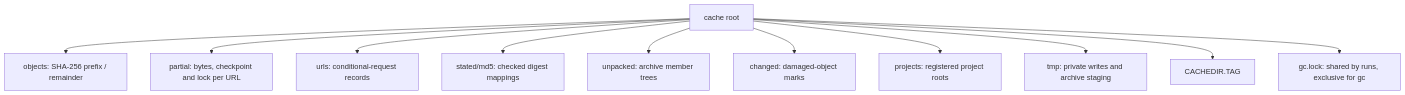
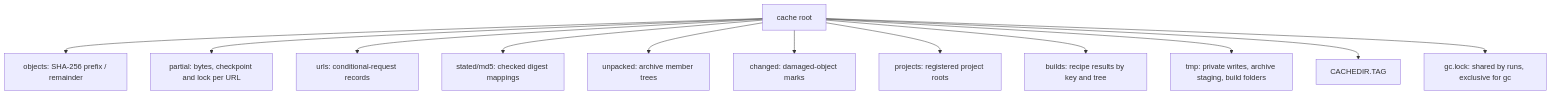
The diagram in docs/dev/architecture/cache.md (nikhil-yn-aix/fetchloom), drawn with Mermaid before and after one commit. The commit also changed other lines of this file and 54 other files, not shown here.

Commit message:
run recipe steps and place their results

````diff
--- a/docs/dev/architecture/cache.md
+++ b/docs/dev/architecture/cache.md
@@ -29,13 +30,14 @@
 ```mermaid
 flowchart TD
     root["cache root"] --> objects["objects: SHA-256 prefix / remainder"]
     root --> partial["partial: bytes, checkpoint and lock per URL"]
     root --> urls["urls: conditional-request records"]
     root --> stated["stated/md5: checked digest mappings"]
     root --> unpacked["unpacked: archive member trees"]
     root --> changed["changed: damaged-object marks"]
     root --> projects["projects: registered project roots"]
-    root --> tmp["tmp: private writes and archive staging"]
+    root --> builds["builds: recipe results by key and tree"]
+    root --> tmp["tmp: private writes, archive staging, build folders"]
     root --> tag["CACHEDIR.TAG"]
     root --> gclock["gc.lock: shared by runs, exclusive for gc"]
 ```
````
